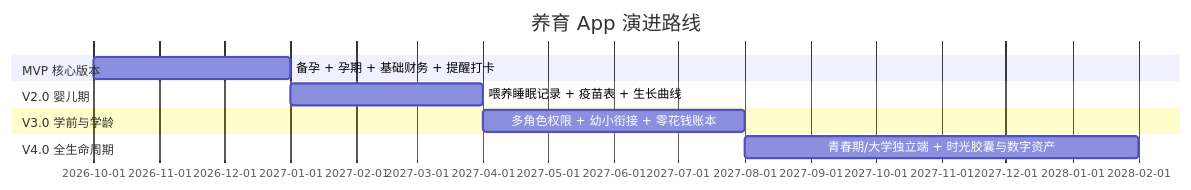
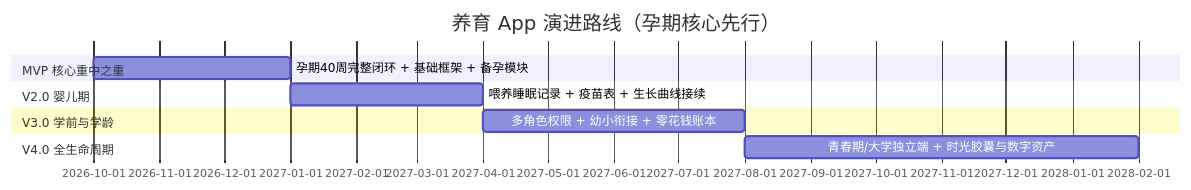
Before and after one commit to Tshameless/24years: the second of 2 diagrams in docs/02_产品全景蓝图规划.md, drawn with Mermaid. The commit also changed other lines of this file and 3 other files, not shown here.

````diff
--- a/docs/02_产品全景蓝图规划.md
+++ b/docs/02_产品全景蓝图规划.md
@@ -115,13 +129,13 @@
 ```mermaid
 gantt
-    title 养育 App 演进路线
+    title 养育 App 演进路线（孕期核心先行）
     dateFormat  YYYY-MM
-    section MVP 核心版本
-    备孕 + 孕期 + 基础财务 + 提醒打卡 : 2026-10, 3M
+    section MVP 核心重中之重
+    孕期40周完整闭环 + 基础框架 + 备孕模块 : 2026-10, 3M
     section V2.0 婴儿期
-    喂养睡眠记录 + 疫苗表 + 生长曲线 : 2027-01, 3M
+    喂养睡眠记录 + 疫苗表 + 生长曲线接续 : 2027-01, 3M
     section V3.0 学前与学龄
     多角色权限 + 幼小衔接 + 零花钱账本 : 2027-04, 4M
     section V4.0 全生命周期
     青春期/大学独立端 + 时光胶囊与数字资产 : 2027-08, 6M
 ```
````
